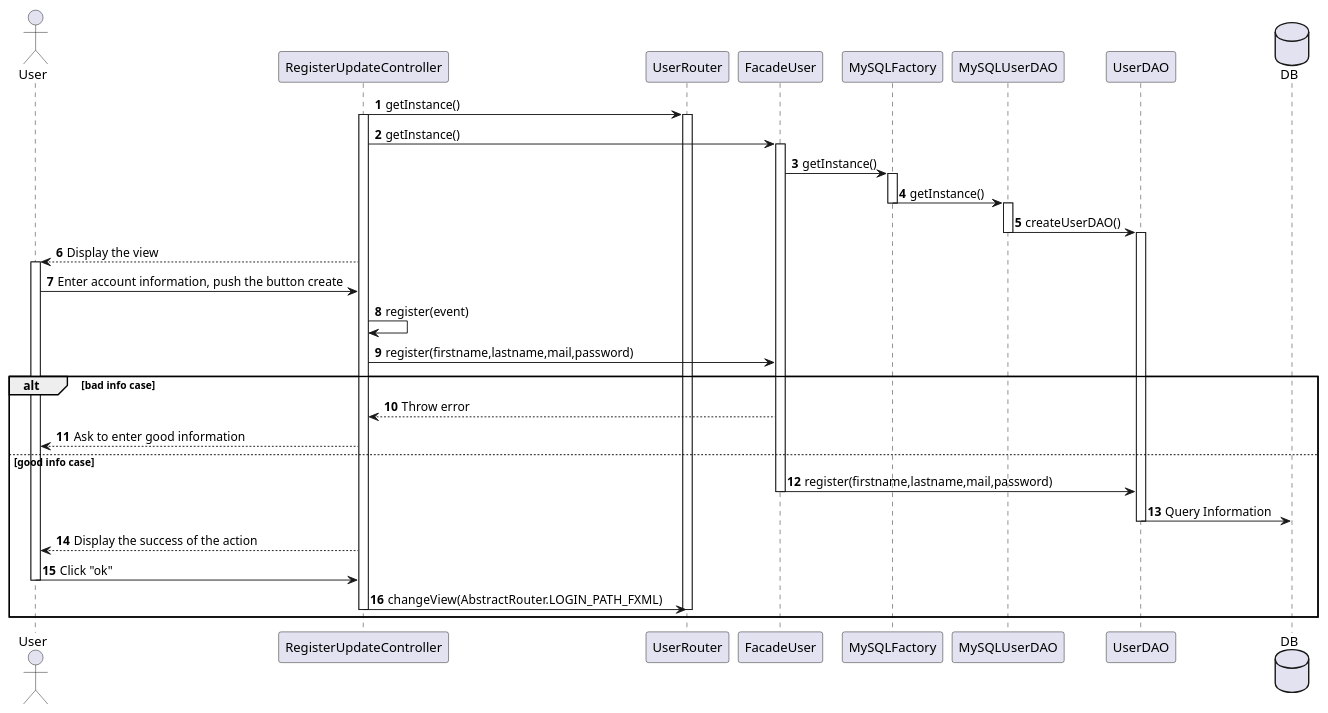
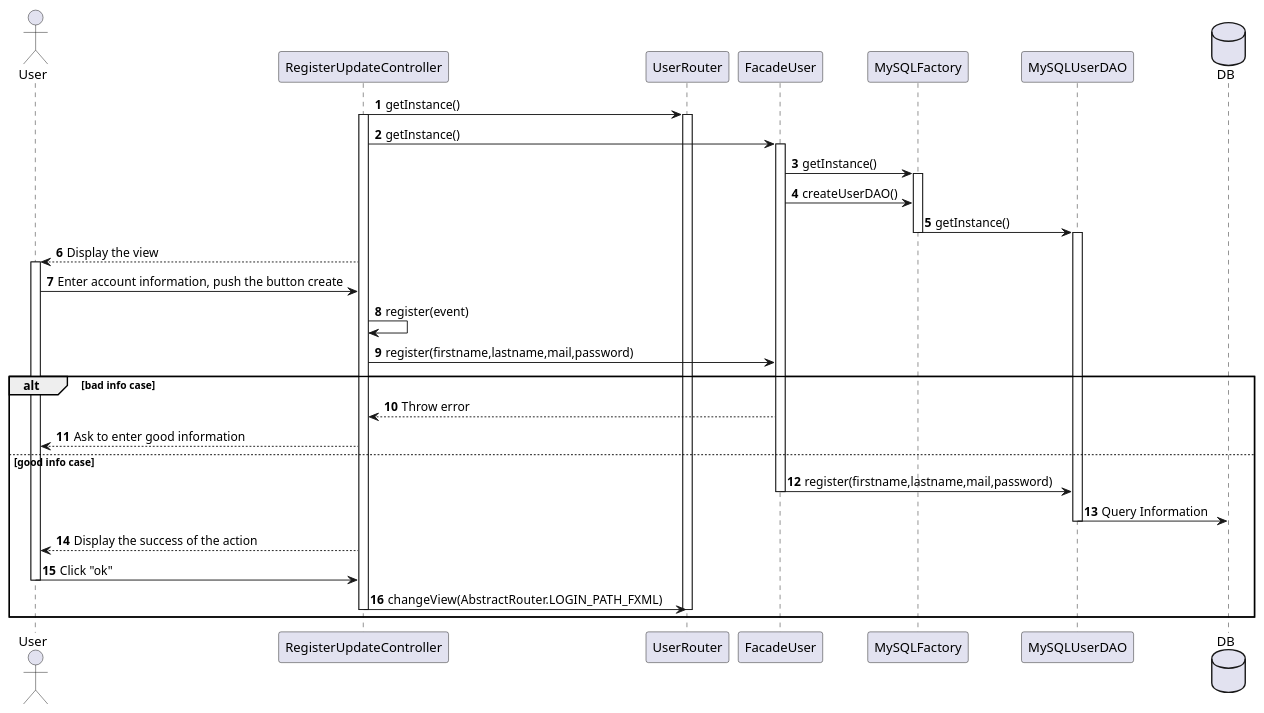
Before and after one commit to guiguie34/StudEasy: the diagram in project_diagrams/sequenceDiagrams/userManagement.puml, drawn with PlantUML. The commit also changed 2 other files, not shown here.

Commit message:
Fix : sequence diagrams

```diff
--- a/project_diagrams/sequenceDiagrams/userManagement.puml
+++ b/project_diagrams/sequenceDiagrams/userManagement.puml
@@ -1,38 +1,36 @@
 @startuml
 autonumber
 actor User
 RegisterUpdateController -> UserRouter : getInstance()
 activate RegisterUpdateController
 activate UserRouter
 RegisterUpdateController -> FacadeUser : getInstance()
 activate FacadeUser
 FacadeUser -> MySQLFactory : getInstance()
 activate MySQLFactory
+FacadeUser -> MySQLFactory : createUserDAO()
 MySQLFactory -> MySQLUserDAO : getInstance()
 deactivate MySQLFactory
 activate MySQLUserDAO
-MySQLUserDAO -> UserDAO : createUserDAO()
-deactivate MySQLUserDAO
-activate UserDAO
 RegisterUpdateController --> User : Display the view
 activate User
 User -> RegisterUpdateController : Enter account information, push the button create
 RegisterUpdateController -> RegisterUpdateController : register(event)
 RegisterUpdateController -> FacadeUser : register(firstname,lastname,mail,password)
 alt bad info case
     FacadeUser --> RegisterUpdateController : Throw error
     RegisterUpdateController --> User : Ask to enter good information
 else good info case
-    FacadeUser -> UserDAO : register(firstname,lastname,mail,password)
+    FacadeUser -> MySQLUserDAO : register(firstname,lastname,mail,password)
     deactivate FacadeUser
     database DB
-    UserDAO -> DB : Query Information
-    deactivate UserDAO
+    MySQLUserDAO -> DB : Query Information
+    deactivate MySQLUserDAO
     RegisterUpdateController --> User : Display the success of the action
     User -> RegisterUpdateController : Click "ok"
     deactivate User
     RegisterUpdateController -> UserRouter : changeView(AbstractRouter.LOGIN_PATH_FXML)
     deactivate RegisterUpdateController
     deactivate UserRouter
 end
 @enduml
```
